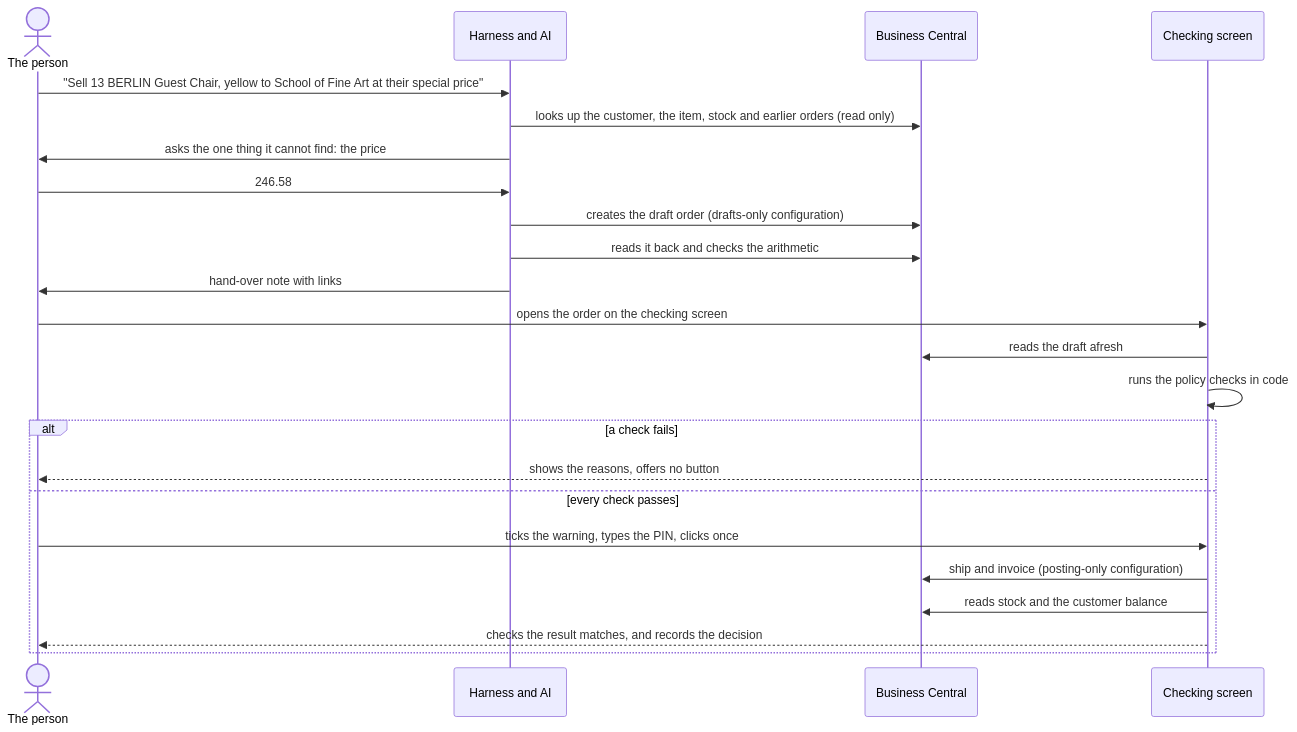
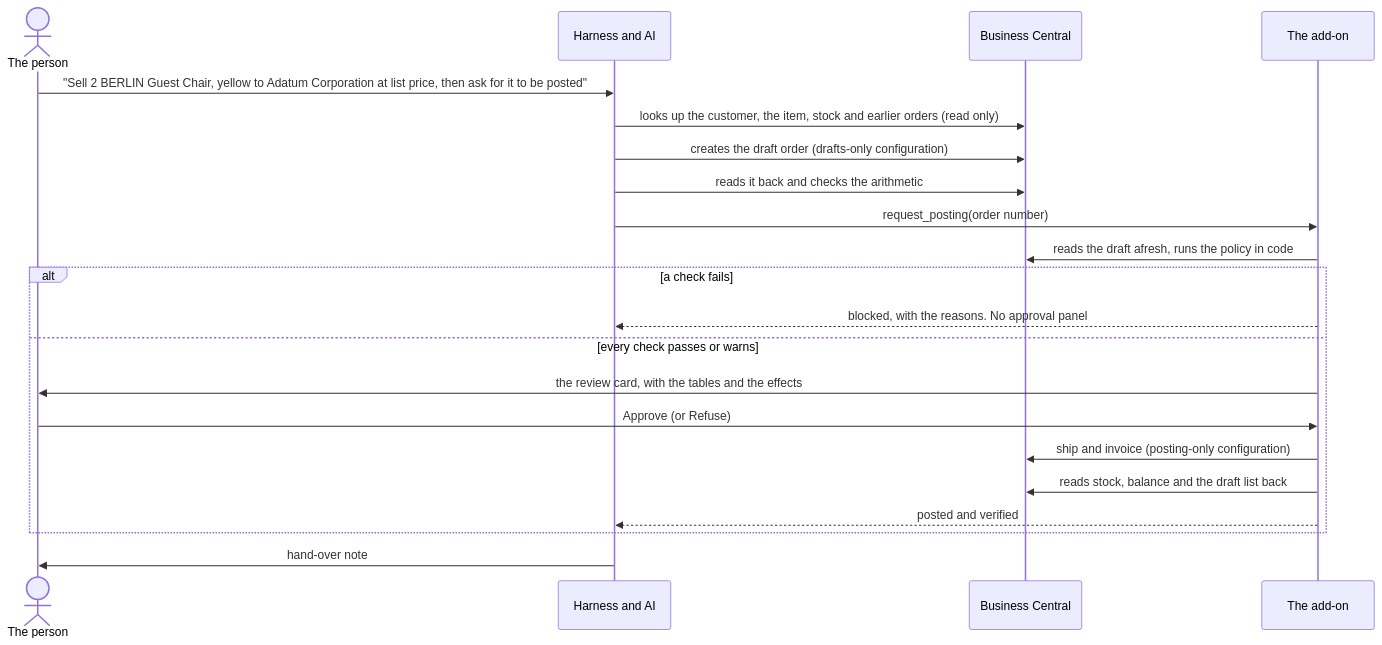
Before and after one commit to Haddley/haddley.github.io: the first of 2 diagrams in content/bcsupplychain7.md, drawn with Mermaid. The commit also changed other lines of this file and 69 other files, not shown here.

First line of the commit message:
Business Central series: review card, native approval, tool code, fresh Run10 screenshots

````diff
--- a/content/bcsupplychain7.md
+++ b/content/bcsupplychain7.md
@@ -36,25 +45,23 @@
 ```mermaid
 sequenceDiagram
     actor P as The person
     participant H as Harness and AI
     participant BC as Business Central
-    participant S as Checking screen
-    P->>H: "Sell 13 BERLIN Guest Chair, yellow to School of Fine Art at their special price"
+    participant G as The add-on
+    P->>H: "Sell 2 BERLIN Guest Chair, yellow to Adatum Corporation at list price, then ask for it to be posted"
     H->>BC: looks up the customer, the item, stock and earlier orders (read only)
-    H->>P: asks the one thing it cannot find: the price
-    P->>H: 246.58
     H->>BC: creates the draft order (drafts-only configuration)
     H->>BC: reads it back and checks the arithmetic
-    H->>P: hand-over note with links
-    P->>S: opens the order on the checking screen
-    S->>BC: reads the draft afresh
-    S->>S: runs the policy checks in code
+    H->>G: request_posting(order number)
+    G->>BC: reads the draft afresh, runs the policy in code
     alt a check fails
-        S-->>P: shows the reasons, offers no button
-    else every check passes
-        P->>S: ticks the warning, types the PIN, clicks once
-        S->>BC: ship and invoice (posting-only configuration)
-        S->>BC: reads stock and the customer balance
-        S-->>P: checks the result matches, and records the decision
+        G-->>H: blocked, with the reasons. No approval panel
+    else every check passes or warns
+        G->>P: the review card, with the tables and the effects
+        P->>G: Approve (or Refuse)
+        G->>BC: ship and invoice (posting-only configuration)
+        G->>BC: reads stock, balance and the draft list back
+        G-->>H: posted and verified
     end
+    H->>P: hand-over note
 ```
````
